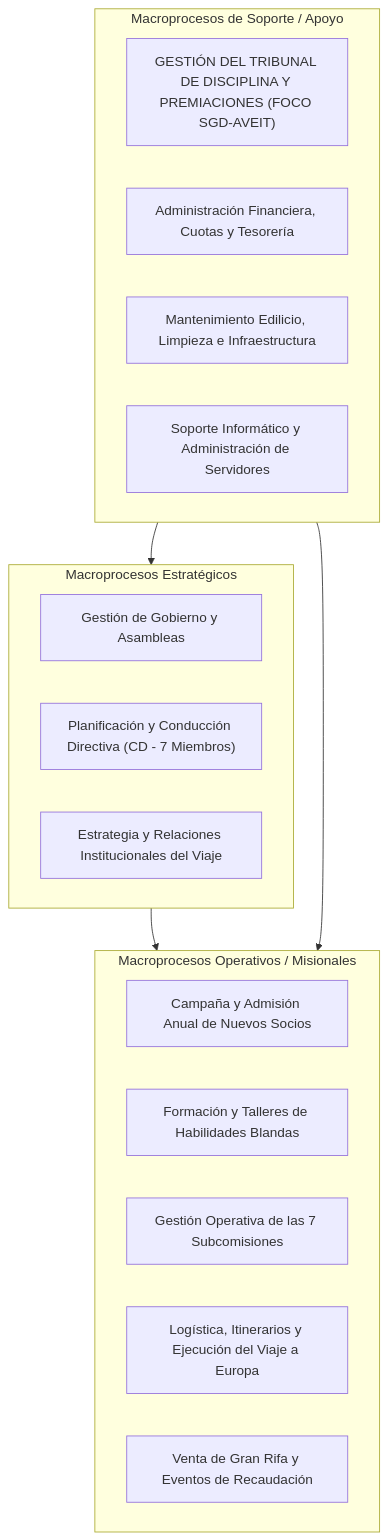
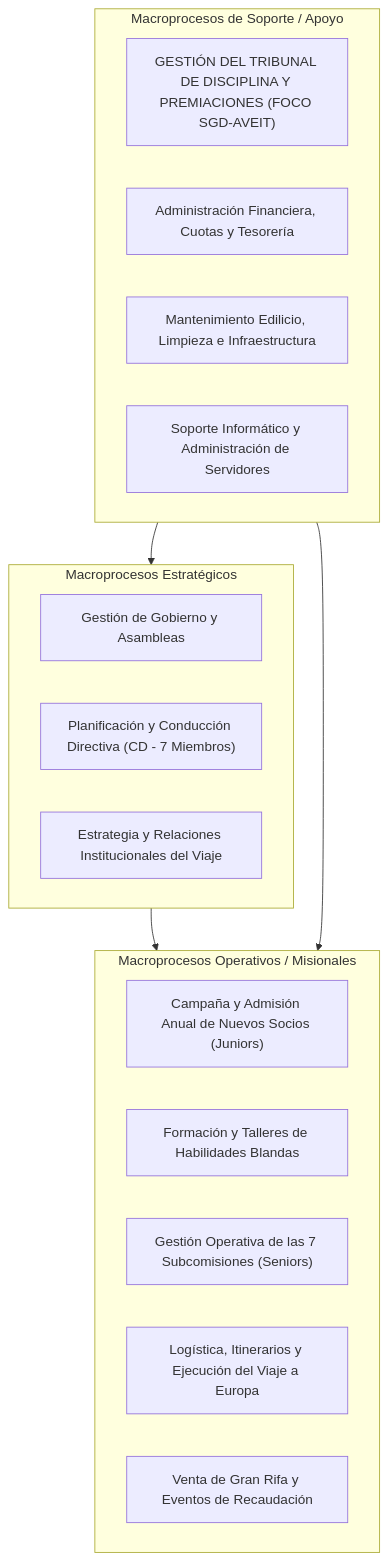
The diagram in docs/TPI_Estudio_Inicial_SGD_AVEIT.md (MartinG94/seminario-integrador), drawn with Mermaid before and after one commit. The commit also changed other lines of this file and 1 other file, not shown here.

Commit message:
docs: segmentar socios juniors (1ro y 2do) y seniors (3ro a 6to) segun estatuto

````diff
--- a/docs/TPI_Estudio_Inicial_SGD_AVEIT.md
+++ b/docs/TPI_Estudio_Inicial_SGD_AVEIT.md
@@ -220,27 +224,27 @@
 ```mermaid
 flowchart TD
     subgraph ESTRATEGICOS["Macroprocesos Estratégicos"]
         E1["Gestión de Gobierno y Asambleas"]
         E2["Planificación y Conducción Directiva (CD - 7 Miembros)"]
         E3["Estrategia y Relaciones Institucionales del Viaje"]
     end
 
     subgraph OPERATIVOS["Macroprocesos Operativos / Misionales"]
-        O1["Campaña y Admisión Anual de Nuevos Socios"]
+        O1["Campaña y Admisión Anual de Nuevos Socios (Juniors)"]
         O2["Formación y Talleres de Habilidades Blandas"]
-        O3["Gestión Operativa de las 7 Subcomisiones"]
+        O3["Gestión Operativa de las 7 Subcomisiones (Seniors)"]
         O4["Logística, Itinerarios y Ejecución del Viaje a Europa"]
         O5["Venta de Gran Rifa y Eventos de Recaudación"]
     end
 
     subgraph SOPORTE["Macroprocesos de Soporte / Apoyo"]
         S1["GESTIÓN DEL TRIBUNAL DE DISCIPLINA Y PREMIACIONES (FOCO SGD-AVEIT)"]
         S2["Administración Financiera, Cuotas y Tesorería"]
         S3["Mantenimiento Edilicio, Limpieza e Infraestructura"]
         S4["Soporte Informático y Administración de Servidores"]
     end
 
     ESTRATEGICOS --> OPERATIVOS
     SOPORTE --> OPERATIVOS
     SOPORTE --> ESTRATEGICOS
 ```
````
